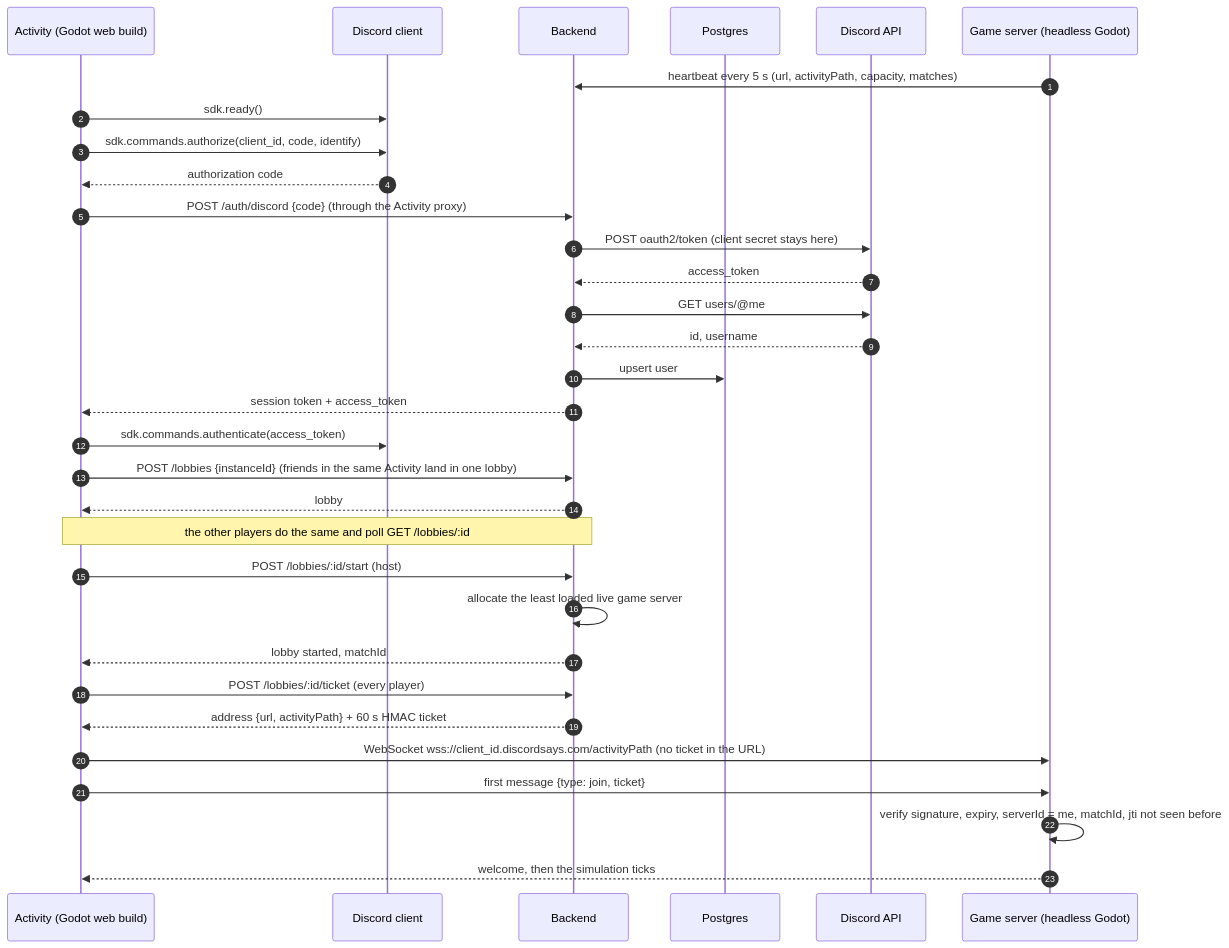
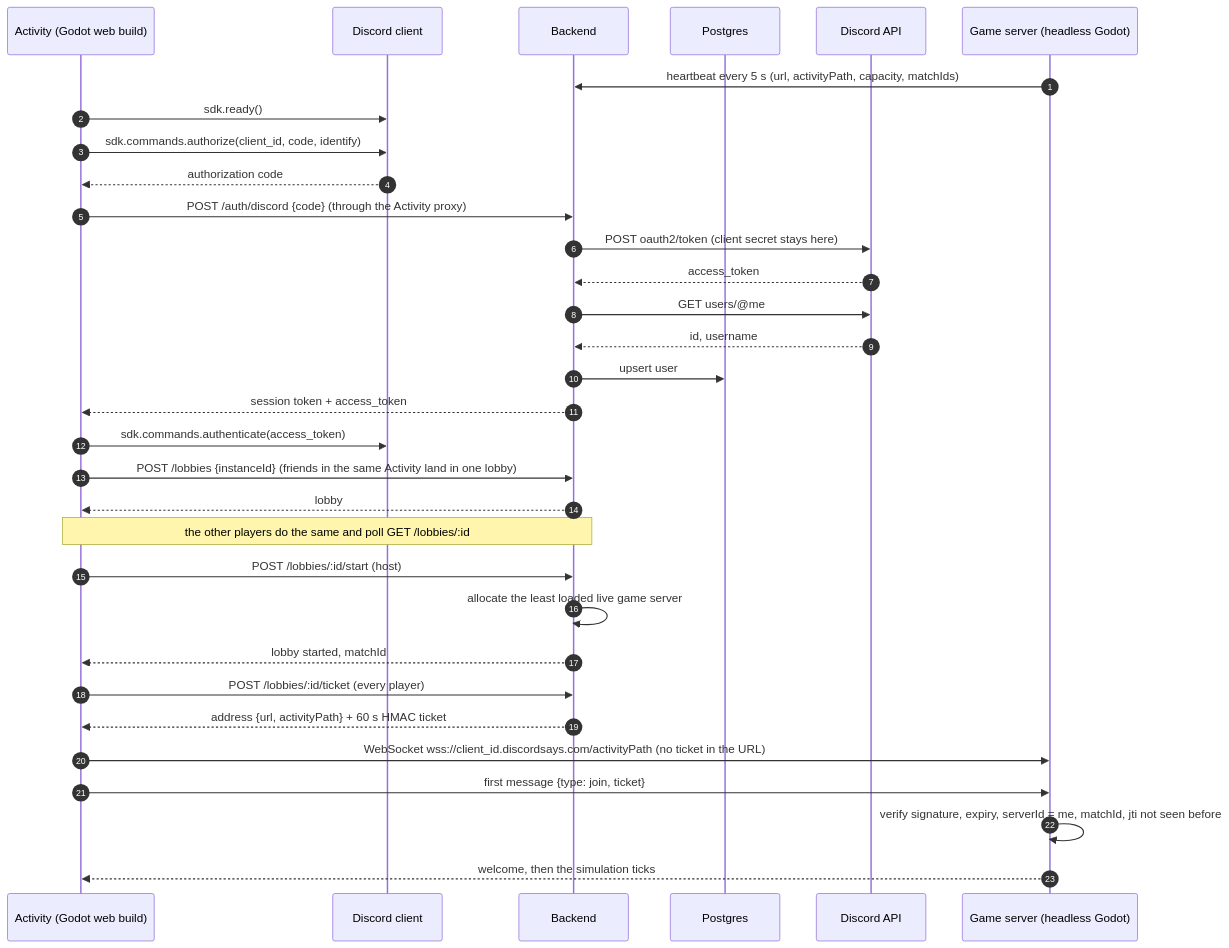
The diagram in docs/research/platform-backend.md (Ryubara/deadnight), drawn with Mermaid before and after one commit. The commit also changed other lines of this file and 7 other files, not shown here.

First line of the commit message:
net: Fix lobby expiry and free game-server capacity when a match ends

````diff
--- a/docs/research/platform-backend.md
+++ b/docs/research/platform-backend.md
@@ -67,35 +70,35 @@
 ```mermaid
 sequenceDiagram
     autonumber
     participant A as Activity (Godot web build)
     participant D as Discord client
     participant B as Backend
     participant P as Postgres
     participant X as Discord API
     participant G as Game server (headless Godot)
 
-    G->>B: heartbeat every 5 s (url, activityPath, capacity, matches)
+    G->>B: heartbeat every 5 s (url, activityPath, capacity, matchIds)
     A->>D: sdk.ready()
     A->>D: sdk.commands.authorize(client_id, code, identify)
     D-->>A: authorization code
     A->>B: POST /auth/discord {code} (through the Activity proxy)
     B->>X: POST oauth2/token (client secret stays here)
     X-->>B: access_token
     B->>X: GET users/@me
     X-->>B: id, username
     B->>P: upsert user
     B-->>A: session token + access_token
     A->>D: sdk.commands.authenticate(access_token)
     A->>B: POST /lobbies {instanceId} (friends in the same Activity land in one lobby)
     B-->>A: lobby
     Note over A,B: the other players do the same and poll GET /lobbies/:id
     A->>B: POST /lobbies/:id/start (host)
     B->>B: allocate the least loaded live game server
     B-->>A: lobby started, matchId
     A->>B: POST /lobbies/:id/ticket (every player)
     B-->>A: address {url, activityPath} + 60 s HMAC ticket
     A->>G: WebSocket wss://client_id.discordsays.com/activityPath (no ticket in the URL)
     A->>G: first message {type: join, ticket}
     G->>G: verify signature, expiry, serverId = me, matchId, jti not seen before
     G-->>A: welcome, then the simulation ticks
 ```
````
